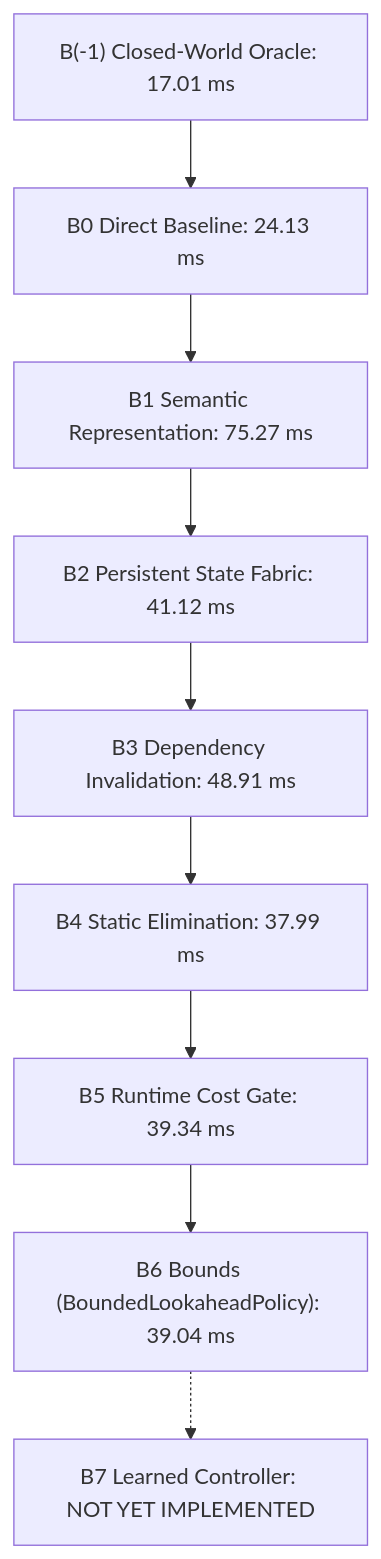
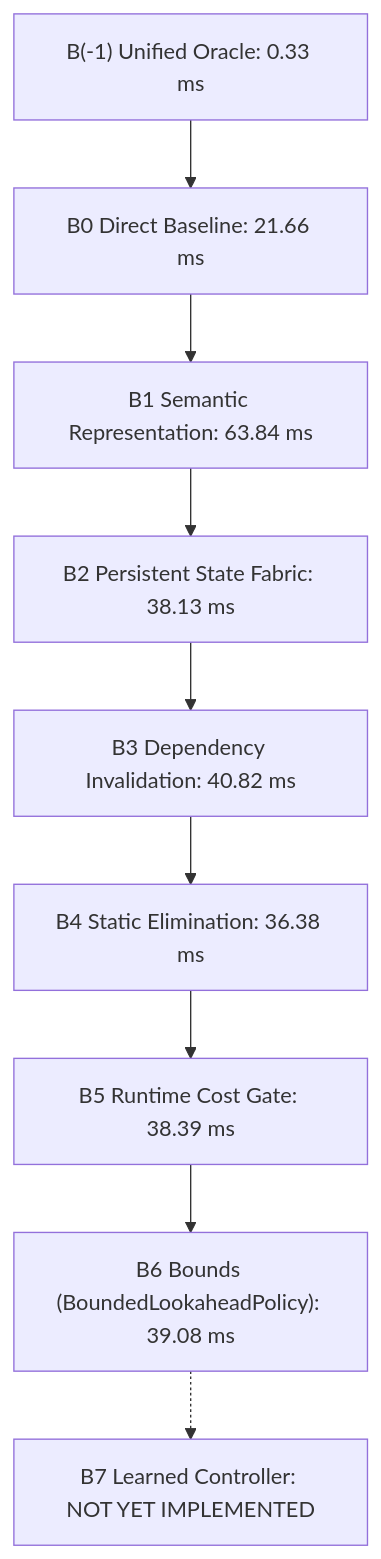
One commit to PrivateAccount-01/CNE changed the second of 2 diagrams in docs/BENCHMARK_REPORT.md. Above: the diagram before and after it, drawn with Mermaid. The commit also changed other lines of this file and 9 other files, not shown here.

````diff
--- a/docs/BENCHMARK_REPORT.md
+++ b/docs/BENCHMARK_REPORT.md
@@ -87,11 +87,11 @@
 ```mermaid
 graph TD
-    Bm1["B(-1) Closed-World Oracle: 17.01 ms"] --> B0["B0 Direct Baseline: 24.13 ms"]
-    B0 --> B1["B1 Semantic Representation: 75.27 ms"]
-    B1 --> B2["B2 Persistent State Fabric: 41.12 ms"]
-    B2 --> B3["B3 Dependency Invalidation: 48.91 ms"]
-    B3 --> B4["B4 Static Elimination: 37.99 ms"]
-    B4 --> B5["B5 Runtime Cost Gate: 39.34 ms"]
-    B5 --> B6["B6 Bounds (BoundedLookaheadPolicy): 39.04 ms"]
+    Bm1["B(-1) Unified Oracle: 0.33 ms"] --> B0["B0 Direct Baseline: 21.66 ms"]
+    B0 --> B1["B1 Semantic Representation: 63.84 ms"]
+    B1 --> B2["B2 Persistent State Fabric: 38.13 ms"]
+    B2 --> B3["B3 Dependency Invalidation: 40.82 ms"]
+    B3 --> B4["B4 Static Elimination: 36.38 ms"]
+    B4 --> B5["B5 Runtime Cost Gate: 38.39 ms"]
+    B5 --> B6["B6 Bounds (BoundedLookaheadPolicy): 39.08 ms"]
     B6 -.-> B7["B7 Learned Controller: NOT YET IMPLEMENTED"]
 ```
````
